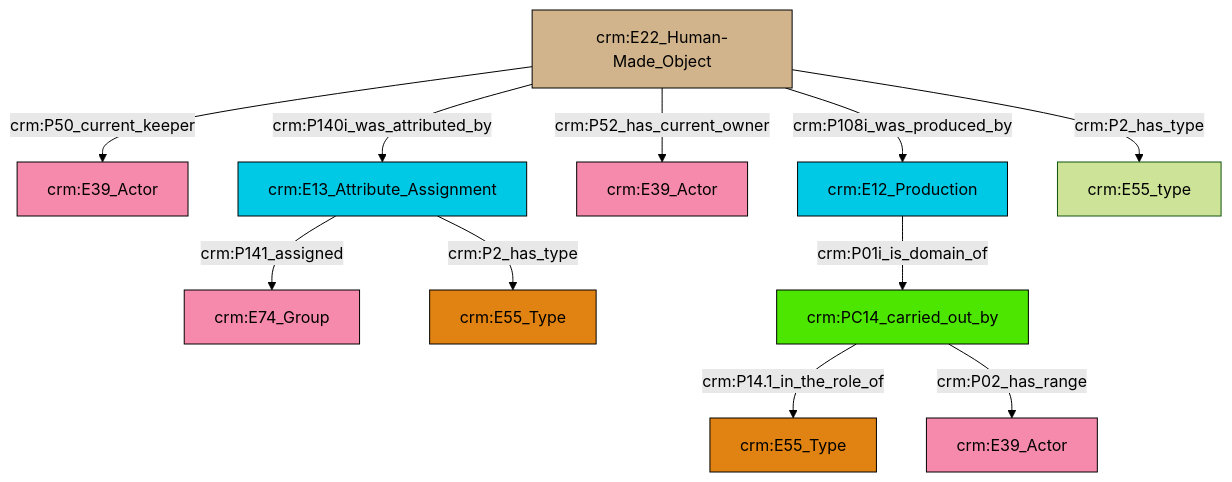
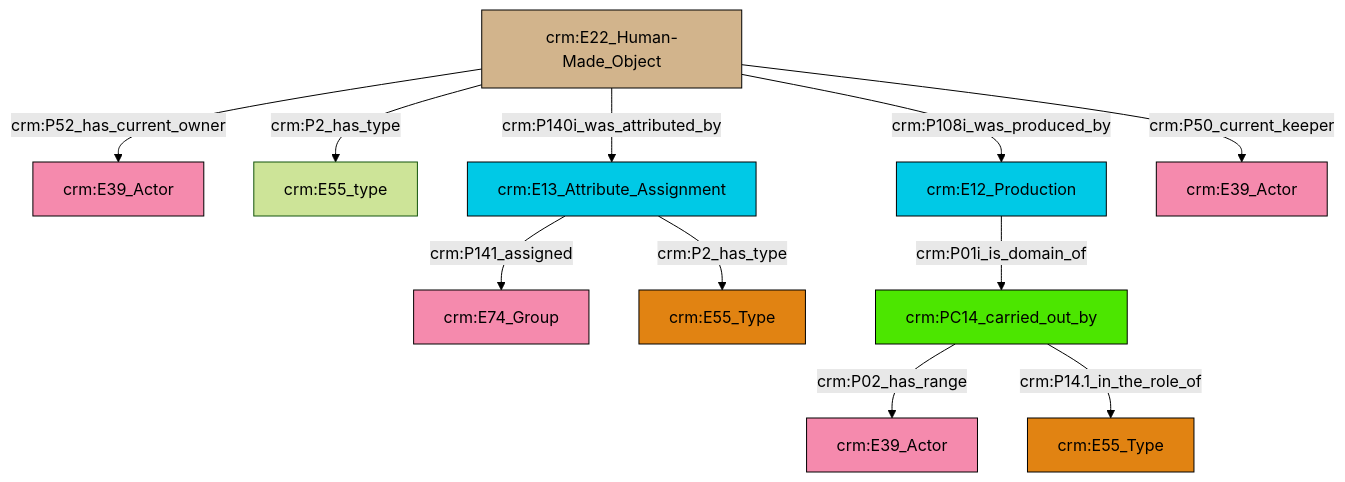
The diagram in et/artworkCSV/ttl/mmd/Artwork_Actor_Relations.ttl.mmd (swiss-art-research-net/docs.swissartresearch), drawn with Mermaid (forest theme) before and after one commit. The commit also changed 172 other files, not shown here.

```diff
--- a/et/artworkCSV/ttl/mmd/Artwork_Actor_Relations.ttl.mmd
+++ b/et/artworkCSV/ttl/mmd/Artwork_Actor_Relations.ttl.mmd
@@ -1,25 +1,25 @@
 graph TD
 classDef Literal fill:#f2f2f2,stroke:#000000;
 classDef CRM_Entity fill:#FFFFFF,stroke:#000000;
 classDef Temporal_Entity fill:#00C9E6, stroke:#000000;
 classDef Type fill:#E18312, stroke:#000000;
 classDef Time-Span fill:#2C9C91, stroke:#000000;
 classDef Appellation fill:#FFEB7F, stroke:#000000;
 classDef Place fill:#008836, stroke:#000000;
 classDef Persistent_Item fill:#B266B2, stroke:#000000;
 classDef Conceptual_Object fill:#FFD700, stroke:#000000;
 classDef Physical_Thing fill:#D2B48C, stroke:#000000;
 classDef Actor fill:#f58aad, stroke:#000000;
 classDef PC_Classes fill:#4ce600, stroke:#000000;
 classDef Multi fill:#cccccc,stroke:#000000;
 
-0["crm:E22_Human-Made_Object"]:::Physical_Thing -->|crm:P50_current_keeper| 1["crm:E39_Actor"]:::Actor
-7["crm:E13_Attribute_Assignment"]:::Temporal_Entity -->|crm:P141_assigned| 8["crm:E74_Group"]:::Actor
-0["crm:E22_Human-Made_Object"]:::Physical_Thing -->|crm:P140i_was_attributed_by| 7["crm:E13_Attribute_Assignment"]:::Temporal_Entity
-0["crm:E22_Human-Made_Object"]:::Physical_Thing -->|crm:P52_has_current_owner| 10["crm:E39_Actor"]:::Actor
-11["crm:PC14_carried_out_by"]:::PC_Classes -->|crm:P14.1_in_the_role_of| 5["crm:E55_Type"]:::Type
-0["crm:E22_Human-Made_Object"]:::Physical_Thing -->|crm:P108i_was_produced_by| 15["crm:E12_Production"]:::Temporal_Entity
-15["crm:E12_Production"]:::Temporal_Entity -->|crm:P01i_is_domain_of| 11["crm:PC14_carried_out_by"]:::PC_Classes
-11["crm:PC14_carried_out_by"]:::PC_Classes -->|crm:P02_has_range| 2["crm:E39_Actor"]:::Actor
-0["crm:E22_Human-Made_Object"]:::Physical_Thing -->|crm:P2_has_type| 16["crm:E55_type"]:::Default
-7["crm:E13_Attribute_Assignment"]:::Temporal_Entity -->|crm:P2_has_type| 12["crm:E55_Type"]:::Type
+0["crm:E22_Human-Made_Object"]:::Physical_Thing -->|crm:P52_has_current_owner| 1["crm:E39_Actor"]:::Actor
+4["crm:E13_Attribute_Assignment"]:::Temporal_Entity -->|crm:P141_assigned| 5["crm:E74_Group"]:::Actor
+4["crm:E13_Attribute_Assignment"]:::Temporal_Entity -->|crm:P2_has_type| 8["crm:E55_Type"]:::Type
+9["crm:PC14_carried_out_by"]:::PC_Classes -->|crm:P02_has_range| 11["crm:E39_Actor"]:::Actor
+9["crm:PC14_carried_out_by"]:::PC_Classes -->|crm:P14.1_in_the_role_of| 6["crm:E55_Type"]:::Type
+0["crm:E22_Human-Made_Object"]:::Physical_Thing -->|crm:P140i_was_attributed_by| 4["crm:E13_Attribute_Assignment"]:::Temporal_Entity
+0["crm:E22_Human-Made_Object"]:::Physical_Thing -->|crm:P2_has_type| 2["crm:E55_type"]:::Default
+0["crm:E22_Human-Made_Object"]:::Physical_Thing -->|crm:P50_current_keeper| 16["crm:E39_Actor"]:::Actor
+12["crm:E12_Production"]:::Temporal_Entity -->|crm:P01i_is_domain_of| 9["crm:PC14_carried_out_by"]:::PC_Classes
+0["crm:E22_Human-Made_Object"]:::Physical_Thing -->|crm:P108i_was_produced_by| 12["crm:E12_Production"]:::Temporal_Entity
```
